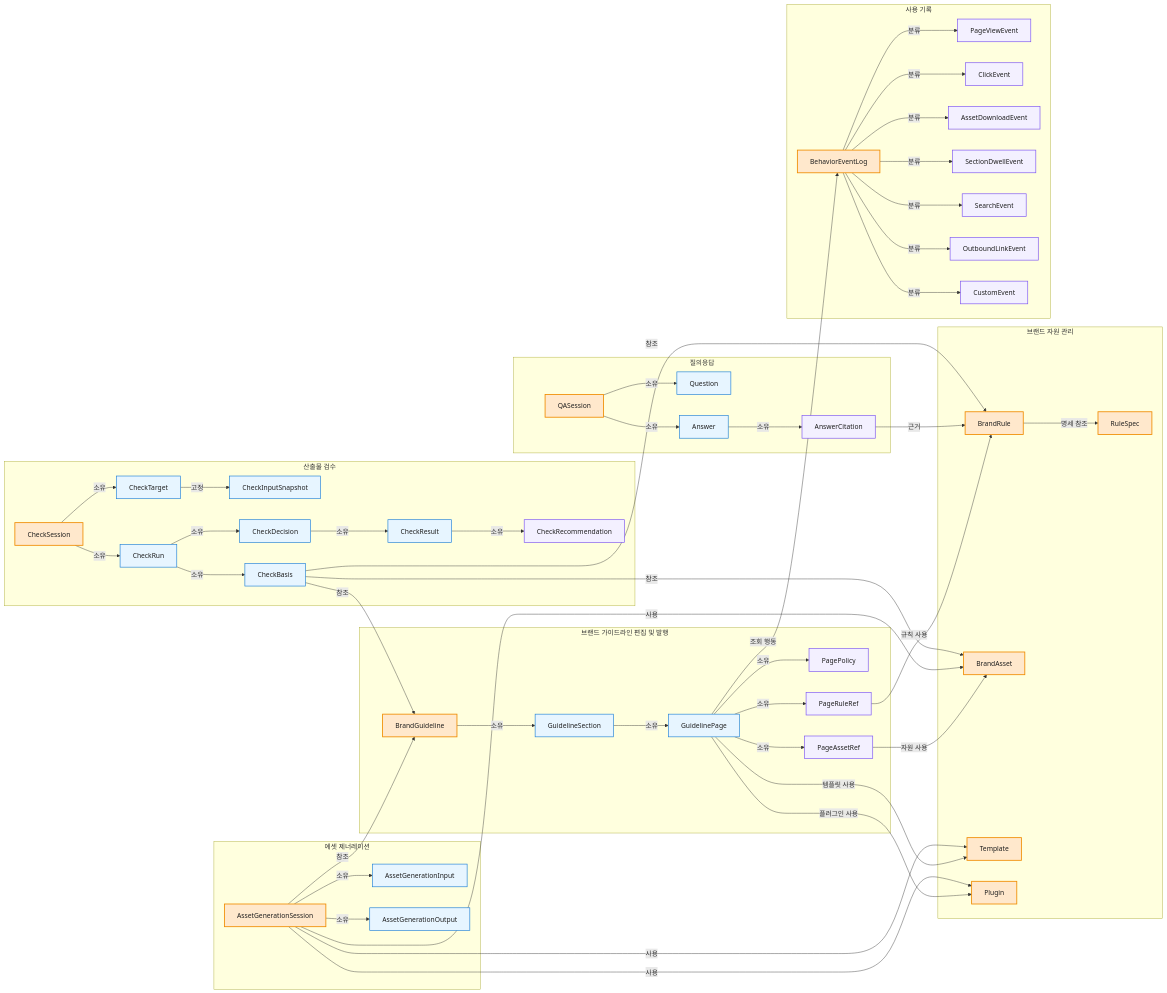
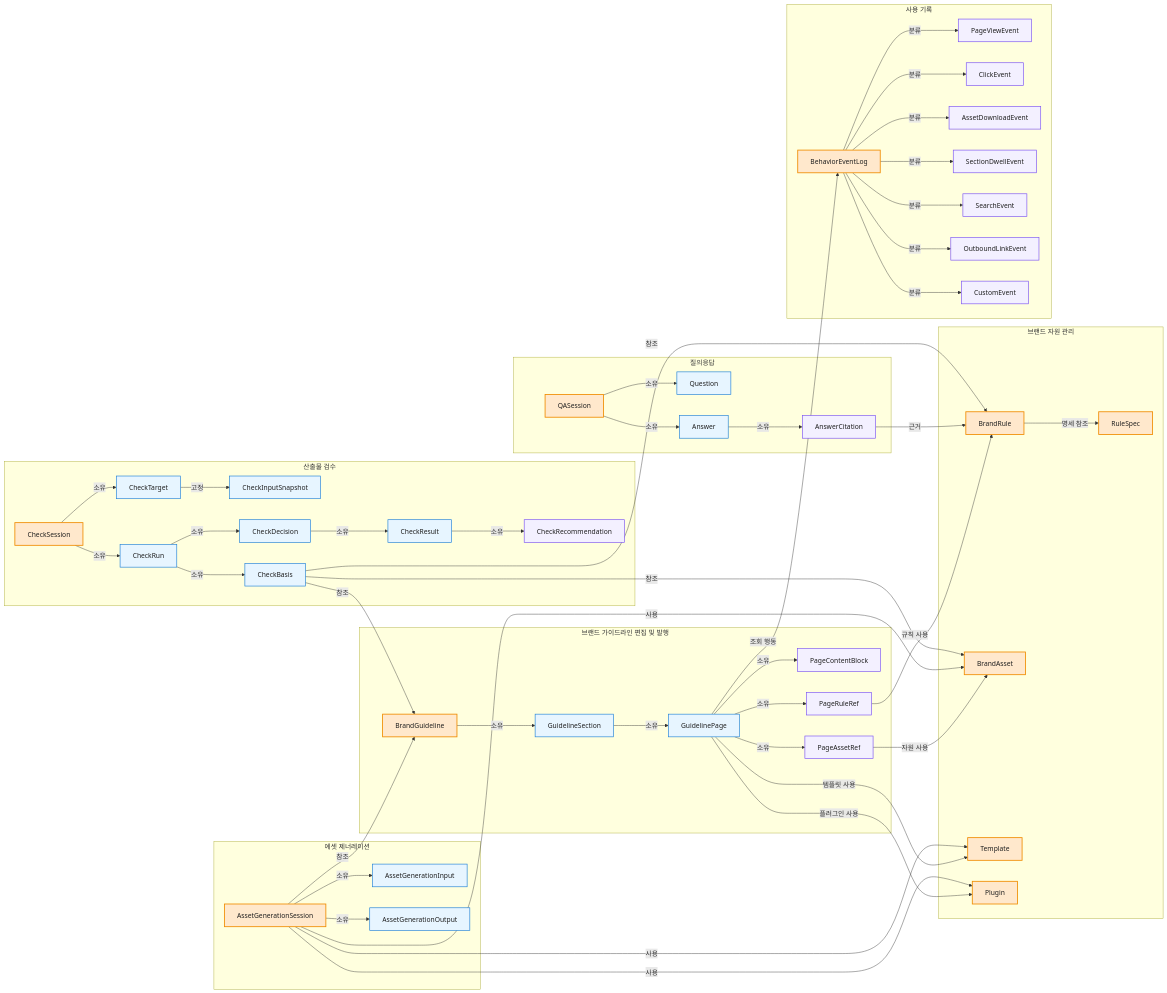
One commit to ewoooo/living-brand-system changed the second of 5 diagrams in docs/04-domain-model.md. Above: the diagram before and after it, drawn with Mermaid. The commit also changed other lines of this file and 4 other files, not shown here.

````diff
--- a/docs/04-domain-model.md
+++ b/docs/04-domain-model.md
@@ -73,7 +73,7 @@
     BrandGuideline["BrandGuideline"]
     GuidelineSection["GuidelineSection"]
     GuidelinePage["GuidelinePage"]
-    PagePolicy["PagePolicy"]
+    PageContentBlock["PageContentBlock"]
     PageRuleRef["PageRuleRef"]
     PageAssetRef["PageAssetRef"]
   end
@@ -123,7 +123,7 @@
 
   BrandGuideline -->|"소유"| GuidelineSection
   GuidelineSection -->|"소유"| GuidelinePage
-  GuidelinePage -->|"소유"| PagePolicy
+  GuidelinePage -->|"소유"| PageContentBlock
   GuidelinePage -->|"소유"| PageRuleRef
   PageRuleRef -->|"규칙 사용"| BrandRule
   BrandRule -->|"명세 참조"| RuleSpec
@@ -168,5 +168,5 @@
 
   class BrandGuideline,RuleSpec,BrandRule,BrandAsset,Template,Plugin,AssetGenerationSession,QASession,CheckSession,BehaviorEventLog aggregate;
   class GuidelineSection,GuidelinePage,AssetGenerationInput,AssetGenerationOutput,Question,Answer,CheckTarget,CheckInputSnapshot,CheckRun,CheckBasis,CheckDecision,CheckResult entity;
-  class PagePolicy,PageRuleRef,PageAssetRef,AnswerCitation,CheckRecommendation,PageViewEvent,ClickEvent,AssetDownloadEvent,SectionDwellEvent,SearchEvent,OutboundLinkEvent,CustomEvent childEntity;
+  class PageContentBlock,PageRuleRef,PageAssetRef,AnswerCitation,CheckRecommendation,PageViewEvent,ClickEvent,AssetDownloadEvent,SectionDwellEvent,SearchEvent,OutboundLinkEvent,CustomEvent childEntity;
 ```
````
